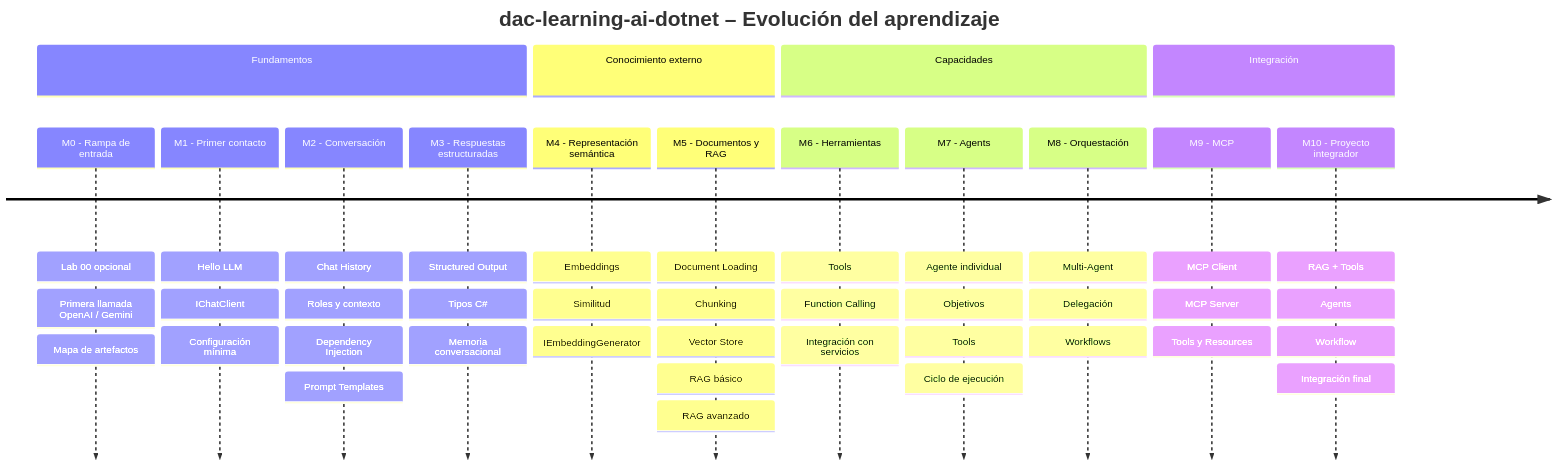
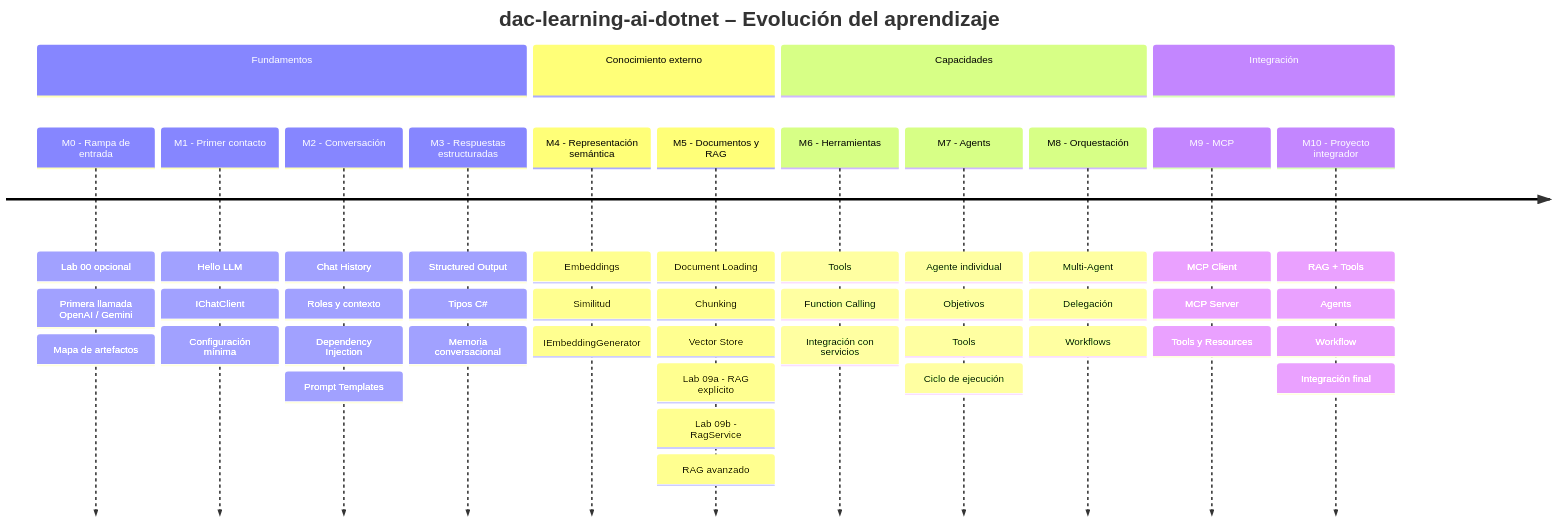
Before and after one commit to danielcalvindeveloper/dac-learning-ai-dotnet: the first of 9 diagrams in ROADMAP.md, drawn with Mermaid. The commit also changed other lines of this file and 14 other files, not shown here.

````diff
--- a/ROADMAP.md
+++ b/ROADMAP.md
@@ -11,50 +11,51 @@
 ```mermaid
 timeline
     title dac-learning-ai-dotnet – Evolución del aprendizaje
 
     section Fundamentos
         M0 - Rampa de entrada : Lab 00 opcional
                               : Primera llamada OpenAI / Gemini
                               : Mapa de artefactos
         M1 - Primer contacto : Hello LLM
                             : IChatClient
                             : Configuración mínima
         M2 - Conversación : Chat History
                           : Roles y contexto
                           : Dependency Injection
                           : Prompt Templates
         M3 - Respuestas estructuradas : Structured Output
                                       : Tipos C#
                                       : Memoria conversacional
 
     section Conocimiento externo
         M4 - Representación semántica : Embeddings
                                       : Similitud
                                       : IEmbeddingGenerator
         M5 - Documentos y RAG : Document Loading
                               : Chunking
                               : Vector Store
-                              : RAG básico
+                              : Lab 09a - RAG explícito
+                              : Lab 09b - RagService
                               : RAG avanzado
 
     section Capacidades
         M6 - Herramientas : Tools
                           : Function Calling
                           : Integración con servicios
         M7 - Agents : Agente individual
                     : Objetivos
                     : Tools
                     : Ciclo de ejecución
         M8 - Orquestación : Multi-Agent
                           : Delegación
                           : Workflows
 
     section Integración
         M9 - MCP : MCP Client
                  : MCP Server
                  : Tools y Resources
         M10 - Proyecto integrador : RAG + Tools
                                   : Agents
                                   : Workflow
                                   : Integración final
 ```
````
